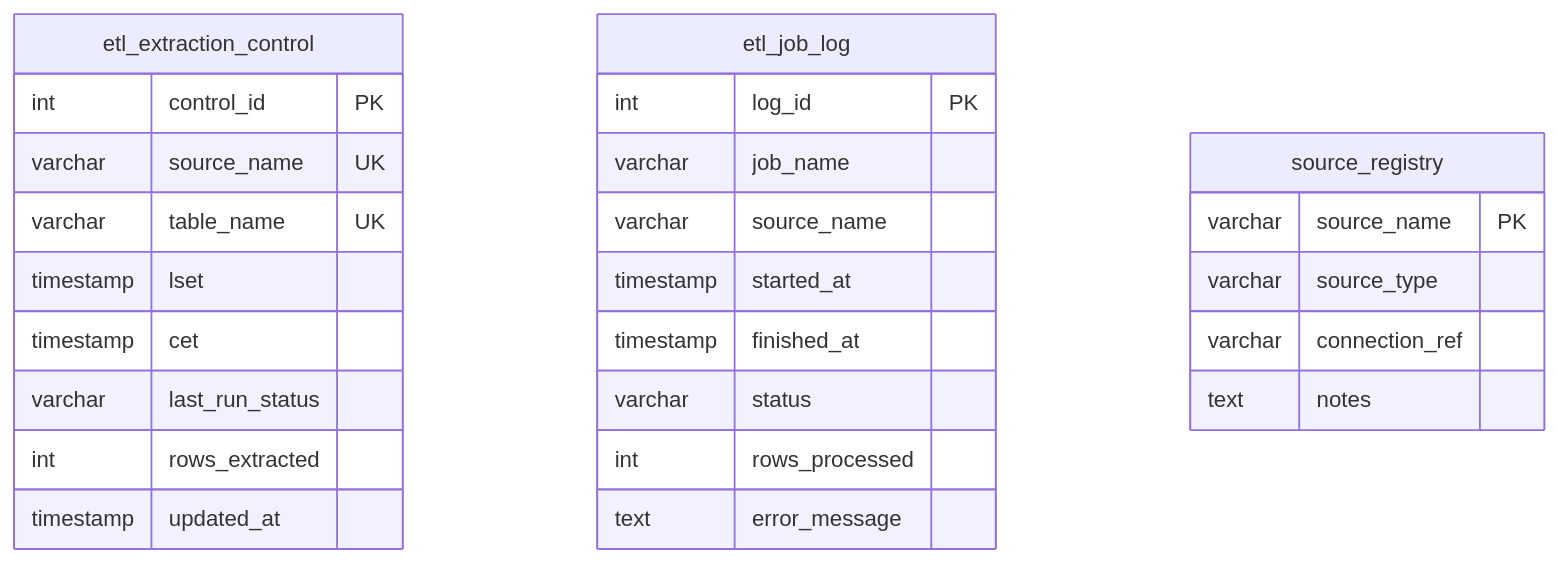
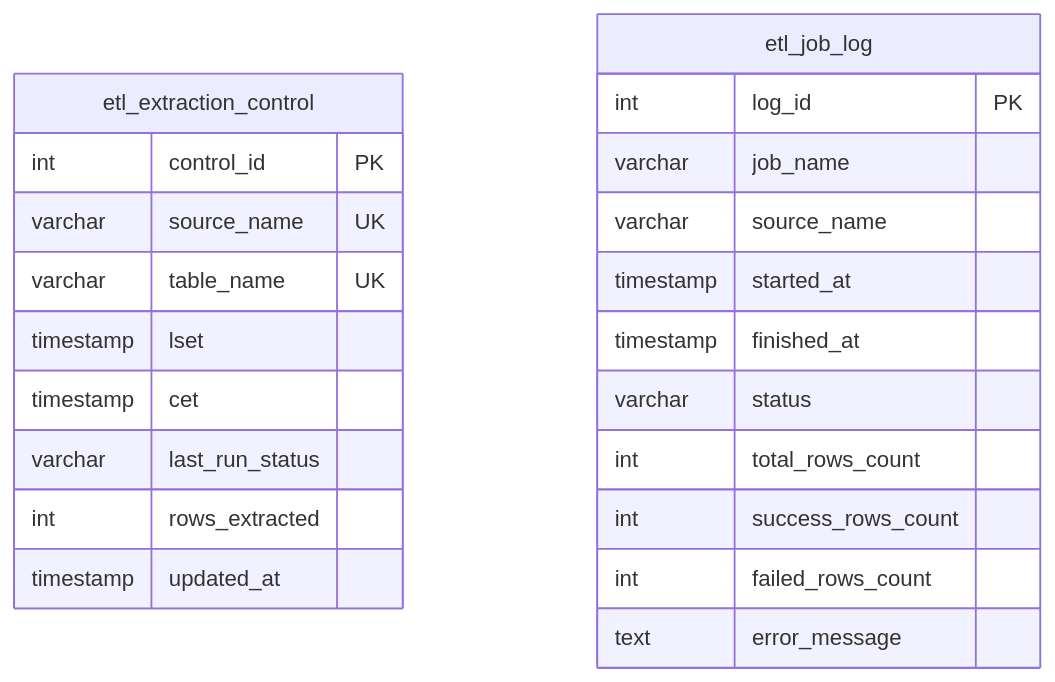
One commit to 1653072/hcmus-master-is-bi changed the fourth of 6 diagrams in 4_Official_Hop_Project/README.md. Above: the diagram before and after it, drawn with Mermaid. The commit also changed other lines of this file and 7 other files, not shown here.

````diff
--- a/4_Official_Hop_Project/README.md
+++ b/4_Official_Hop_Project/README.md
@@ -779,29 +777,25 @@
 ```mermaid
 erDiagram
   etl_extraction_control {
     int control_id PK
     varchar source_name UK
     varchar table_name UK
     timestamp lset
     timestamp cet
     varchar last_run_status
     int rows_extracted
     timestamp updated_at
   }
   etl_job_log {
     int log_id PK
     varchar job_name
     varchar source_name
     timestamp started_at
     timestamp finished_at
     varchar status
-    int rows_processed
+    int total_rows_count
+    int success_rows_count
+    int failed_rows_count
     text error_message
   }
-  source_registry {
-    varchar source_name PK
-    varchar source_type
-    varchar connection_ref
-    text notes
-  }
 ```
````
